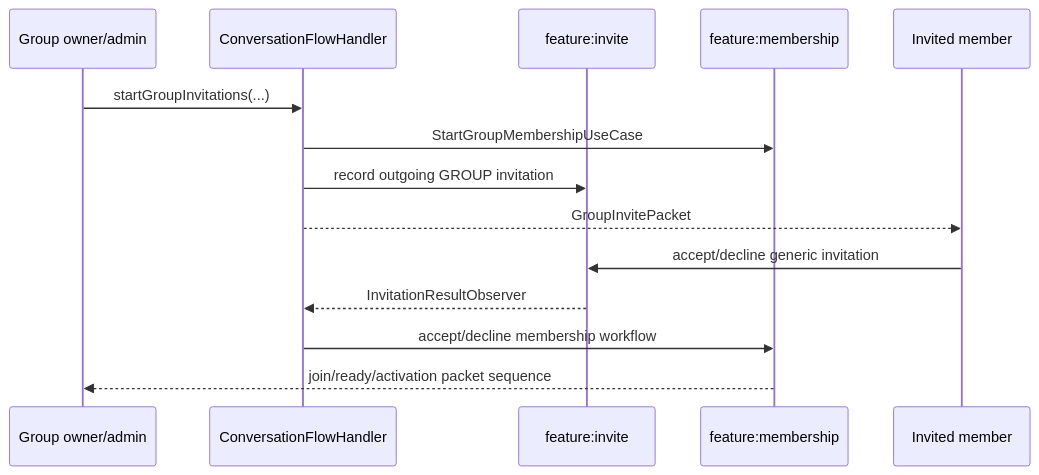
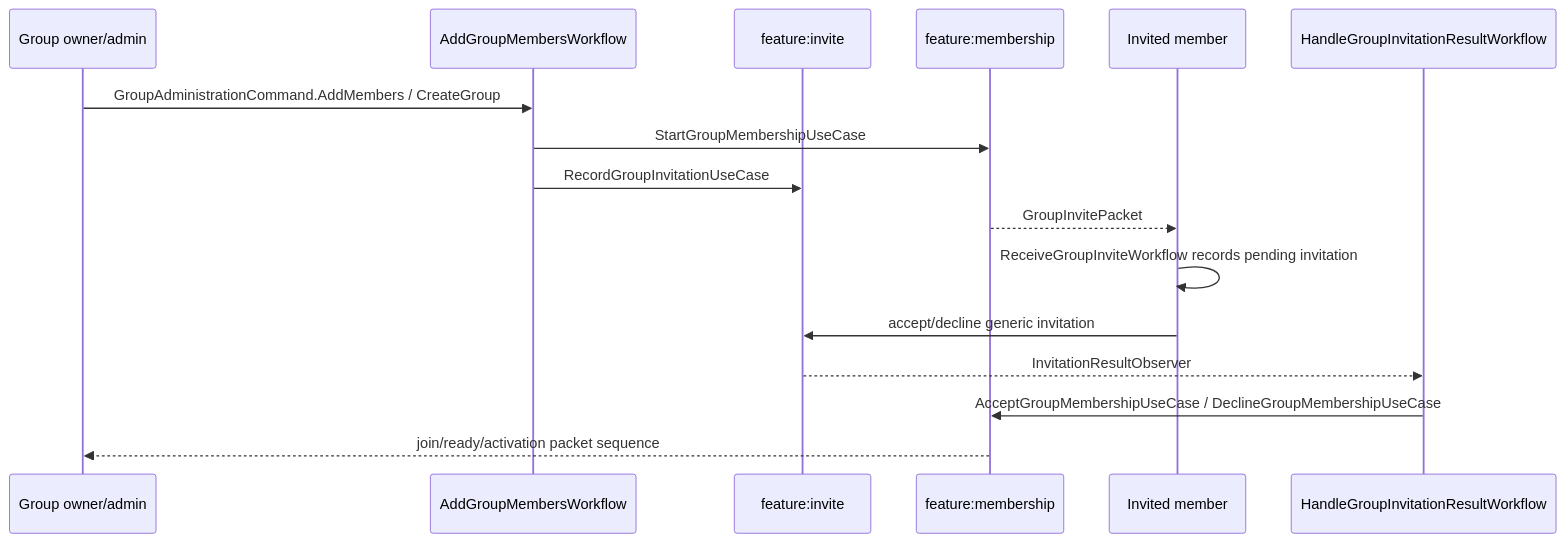
One commit to cbgm/Sparrow changed the second of 2 diagrams in docs/features/invitations.md. Above: the diagram before and after it, drawn with Mermaid. The commit also changed other lines of this file and 1098 other files, not shown here.

````diff
--- a/docs/features/invitations.md
+++ b/docs/features/invitations.md
@@ -95,17 +99,19 @@
 ```mermaid
 sequenceDiagram
     participant OWNER as Group owner/admin
-    participant FLOW as ConversationFlowHandler
+    participant FLOW as AddGroupMembersWorkflow
     participant INV as feature:invite
     participant MEM as feature:membership
     participant MEMBER as Invited member
+    participant RES as HandleGroupInvitationResultWorkflow
 
-    OWNER->>FLOW: startGroupInvitations(...)
+    OWNER->>FLOW: GroupAdministrationCommand.AddMembers / CreateGroup
     FLOW->>MEM: StartGroupMembershipUseCase
-    FLOW->>INV: record outgoing GROUP invitation
-    FLOW-->>MEMBER: GroupInvitePacket
+    FLOW->>INV: RecordGroupInvitationUseCase
+    MEM-->>MEMBER: GroupInvitePacket
+    MEMBER->>MEMBER: ReceiveGroupInviteWorkflow records pending invitation
     MEMBER->>INV: accept/decline generic invitation
-    INV-->>FLOW: InvitationResultObserver
-    FLOW->>MEM: accept/decline membership workflow
+    INV-->>RES: InvitationResultObserver
+    RES->>MEM: AcceptGroupMembershipUseCase / DeclineGroupMembershipUseCase
     MEM-->>OWNER: join/ready/activation packet sequence
 ```
````
